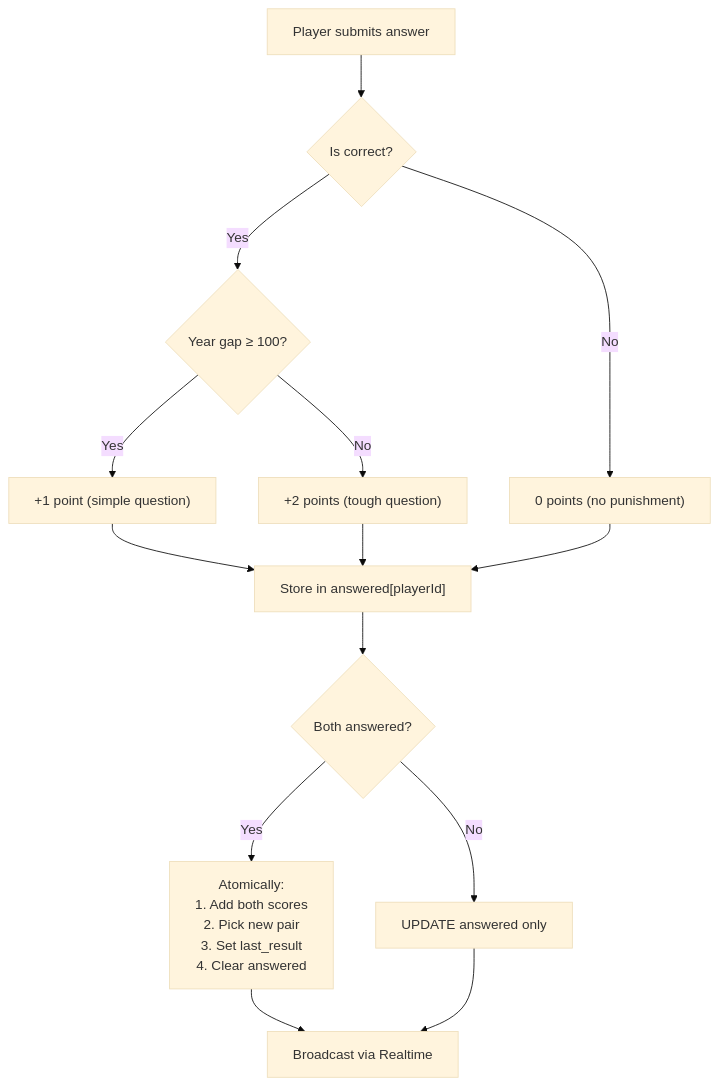
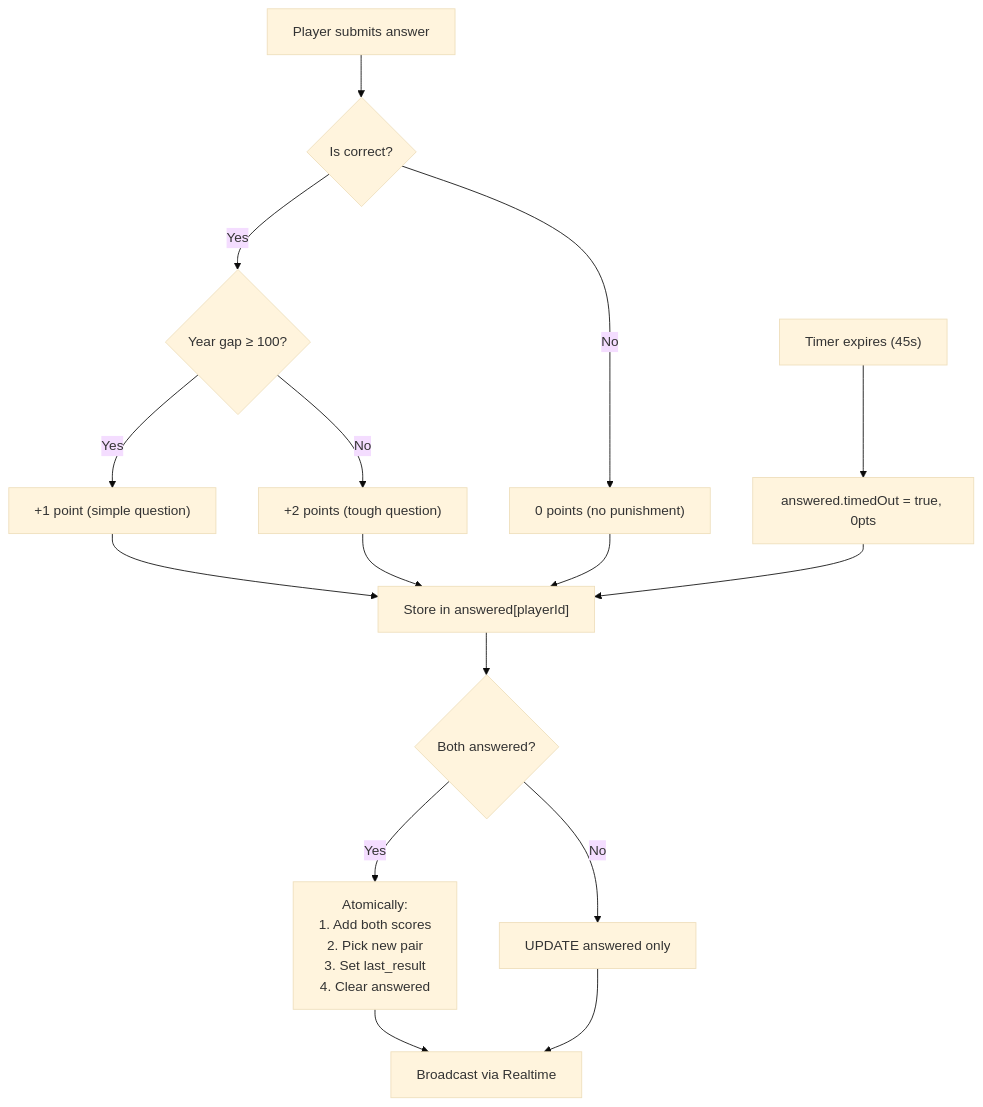
One commit to prokopHouda/history_game changed the sixth of 7 diagrams in docs/architecture.md. Above: the diagram before and after it, drawn with Mermaid (base theme). The commit also changed other lines of this file, not shown here.

Commit message:
Update architecture.md: add 45s timeout to scoring logic diagram and table

````diff
--- a/docs/architecture.md
+++ b/docs/architecture.md
@@ -169,16 +169,18 @@
 ```mermaid
 flowchart TD
     A["Player submits answer"] --> B{"Is correct?"}
     B -->|Yes| C{"Year gap ≥ 100?"}
     C -->|Yes| D["+1 point (simple question)"]
     C -->|No| E["+2 points (tough question)"]
     B -->|No| F["0 points (no punishment)"]
     D --> G["Store in answered[playerId]"]
     E --> G
     F --> G
     G --> H{"Both answered?"}
     H -->|Yes| I["Atomically:<br/>1. Add both scores<br/>2. Pick new pair<br/>3. Set last_result<br/>4. Clear answered"]
     H -->|No| J["UPDATE answered only"]
     I --> K["Broadcast via Realtime"]
     J --> K
+    L["Timer expires (45s)"] --> M["answered.timedOut = true, 0pts"]
+    M --> G
 ```
````
